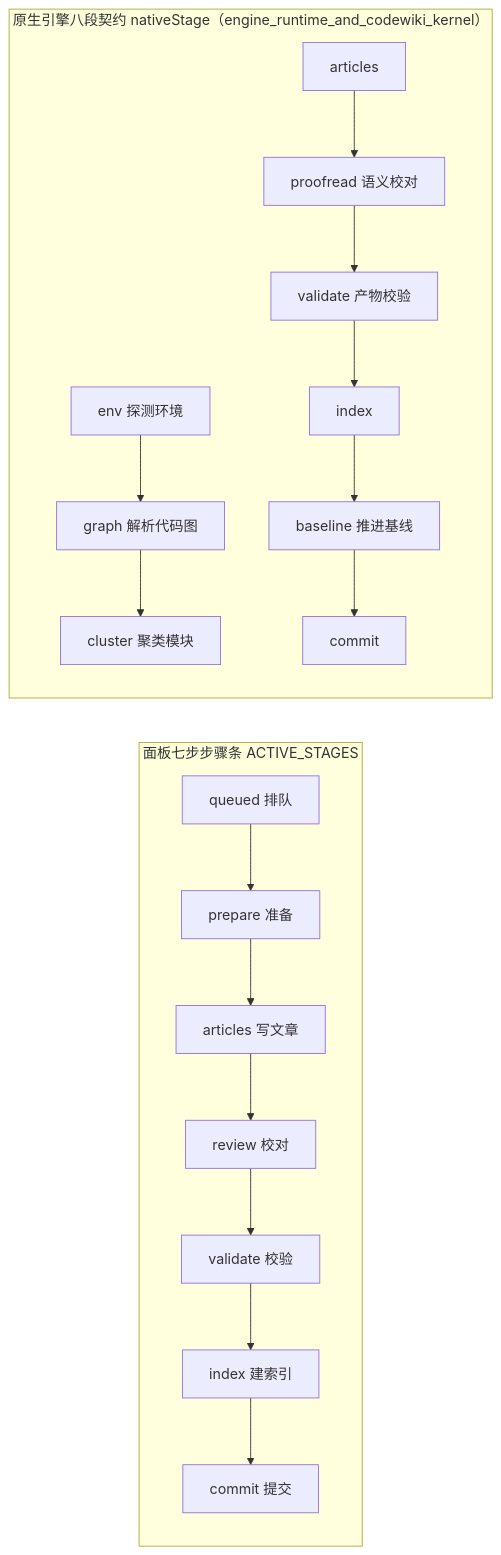
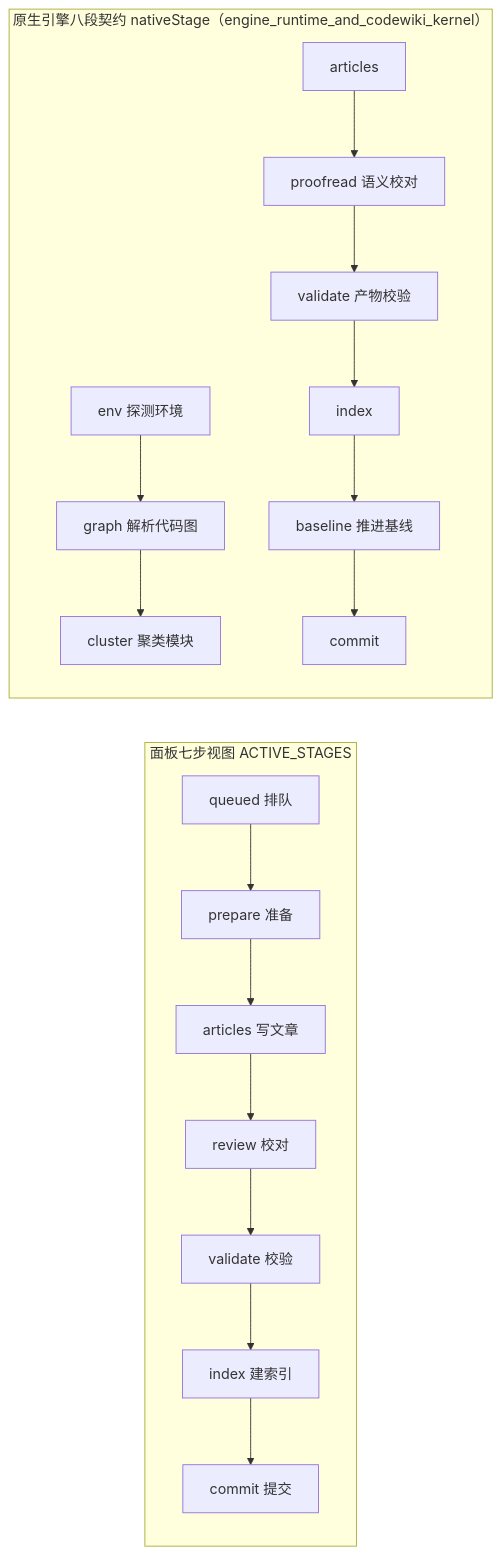
One commit to ikliml666/dsh-codewiki changed the fourth of 5 diagrams in .codewiki/_native-state/docs/client_panel_ui.md. Above: the diagram before and after it, drawn with Mermaid. The commit also changed other lines of this file and 14 other files, not shown here.

````diff
--- a/.codewiki/_native-state/docs/client_panel_ui.md
+++ b/.codewiki/_native-state/docs/client_panel_ui.md
@@ -148,10 +150,10 @@
 ```mermaid
 flowchart LR
-  subgraph Seven["面板七步步骤条 ACTIVE_STAGES"]
+  subgraph Seven["面板七步视图 ACTIVE_STAGES"]
     S0["queued 排队"] --> S1["prepare 准备"] --> S2["articles 写文章"] --> S3["review 校对"] --> S4["validate 校验"] --> S5["index 建索引"] --> S6["commit 提交"]
   end
   subgraph Eight["原生引擎八段契约 nativeStage（engine_runtime_and_codewiki_kernel）"]
     E0["env 探测环境"] --> E1["graph 解析代码图"] --> E2["cluster 聚类模块"]
     E3["articles"] --> E4["proofread 语义校对"] --> E5["validate 产物校验"] --> E6["index"] --> E7["baseline 推进基线"] --> E8["commit"]
   end
 ```
````
